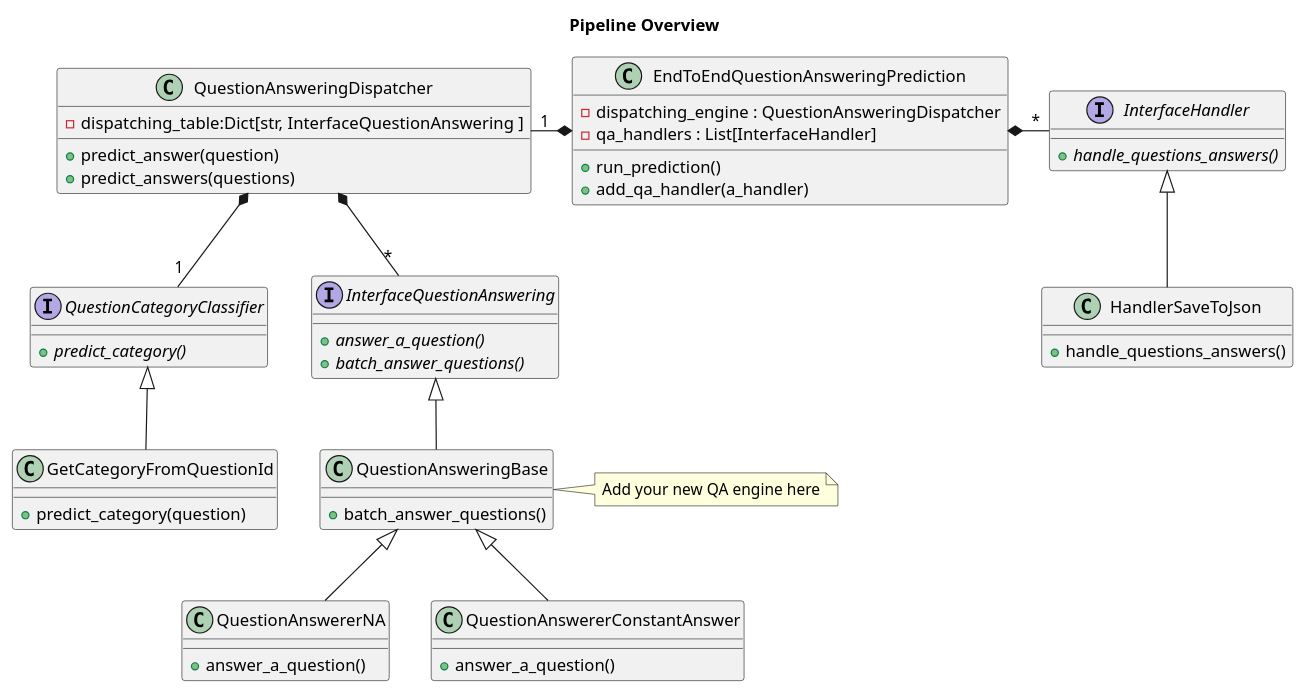
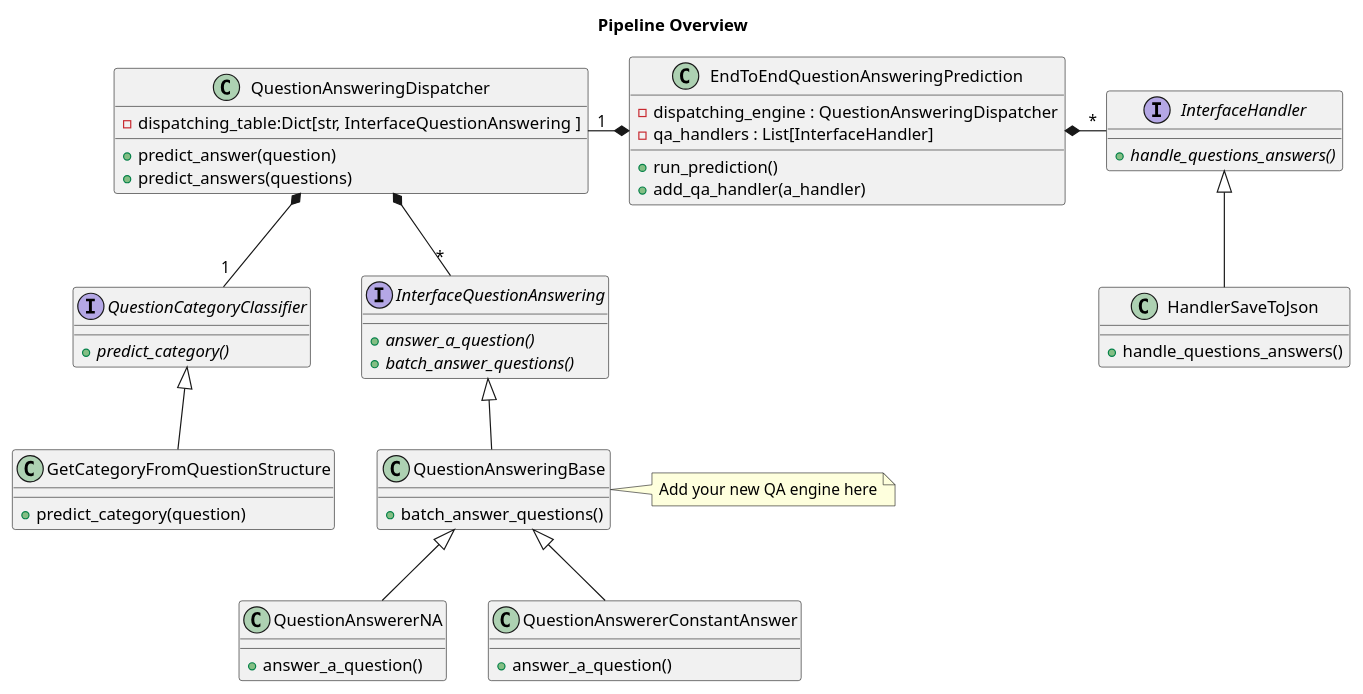
Before and after one commit to samsungnlp/semeval2022-task9: the diagram in docs/pipeline_overview.puml, drawn with PlantUML. The commit also changed 2 other files, not shown here.

```diff
--- a/docs/pipeline_overview.puml
+++ b/docs/pipeline_overview.puml
@@ -1,74 +1,74 @@
 @startuml
 
 title Pipeline Overview
 
 class  EndToEndQuestionAnsweringPrediction {
   + run_prediction()
   + add_qa_handler(a_handler)
 
   - dispatching_engine : QuestionAnsweringDispatcher
   - qa_handlers : List[InterfaceHandler]
 }
 
 class QuestionAnsweringDispatcher {
   - dispatching_table:Dict[str, InterfaceQuestionAnswering ]
   + predict_answer(question)
   + predict_answers(questions)
 }
 
 interface InterfaceQuestionAnswering{
 
   + {abstract} answer_a_question()
   + {abstract} batch_answer_questions()
 }
 
 interface InterfaceHandler{
   + {abstract} handle_questions_answers()
 }
 
 class HandlerSaveToJson {
   + handle_questions_answers()
 }
 
 class QuestionAnsweringBase{
   + batch_answer_questions()
 }
 note right
 Add your new QA engine here
 end note
 
 class QuestionAnswererNA{
   + answer_a_question()
 }
 
 class QuestionAnswererConstantAnswer{
   + answer_a_question()
 }
 
 interface QuestionCategoryClassifier {
   + {abstract} predict_category()
 }
 
-class GetCategoryFromQuestionId {
+class GetCategoryFromQuestionStructure {
  + predict_category(question)
 }
 
 EndToEndQuestionAnsweringPrediction  *-left- "1" QuestionAnsweringDispatcher
 
 EndToEndQuestionAnsweringPrediction  *-right- "*" InterfaceHandler
 
 QuestionAnsweringDispatcher *-down- "*" InterfaceQuestionAnswering
 
 QuestionAnsweringDispatcher *-- "1" QuestionCategoryClassifier
 
 
 QuestionAnsweringBase -up-|>  InterfaceQuestionAnswering
 
 QuestionAnswererNA -up-|>  QuestionAnsweringBase
 QuestionAnswererConstantAnswer -up-|>  QuestionAnsweringBase
 
 HandlerSaveToJson -up-|>  InterfaceHandler
 
-GetCategoryFromQuestionId -up-|> QuestionCategoryClassifier
+GetCategoryFromQuestionStructure -up-|> QuestionCategoryClassifier
 
 @enduml
```
